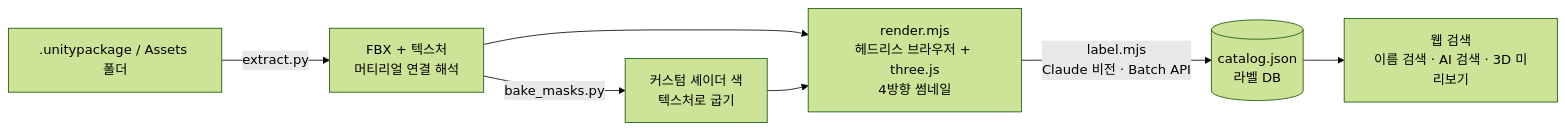
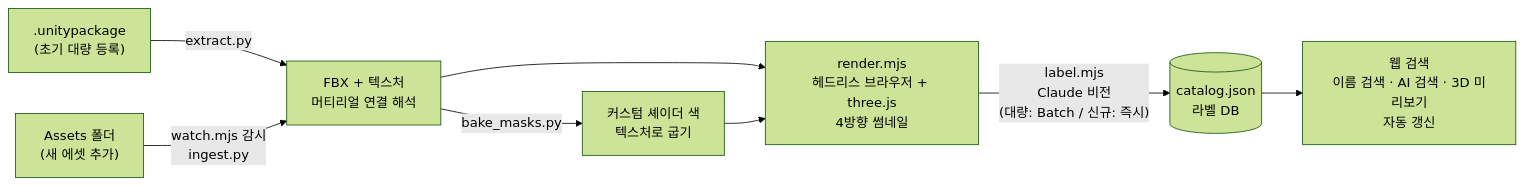
One commit to LovingMaple/ai-asset-search changed the diagram in README.md. Above: the diagram before and after it, drawn with Mermaid (forest theme). The commit also changed other lines of this file, not shown here.

````diff
--- a/README.md
+++ b/README.md
@@ -16,9 +23,10 @@
 ```mermaid
 flowchart LR
-  A[".unitypackage / Assets 폴더"] -->|extract.py| B["FBX + 텍스처<br/>머티리얼 연결 해석"]
+  A[".unitypackage<br/>(초기 대량 등록)"] -->|extract.py| B["FBX + 텍스처<br/>머티리얼 연결 해석"]
+  W["Assets 폴더<br/>(새 에셋 추가)"] -->|watch.mjs 감시<br/>ingest.py| B
   B -->|bake_masks.py| B2["커스텀 셰이더 색<br/>텍스처로 굽기"]
   B --> C
   B2 --> C["render.mjs<br/>헤드리스 브라우저 + three.js<br/>4방향 썸네일"]
-  C -->|label.mjs<br/>Claude 비전 · Batch API| D[("catalog.json<br/>라벨 DB")]
-  D --> E["웹 검색<br/>이름 검색 · AI 검색 · 3D 미리보기"]
+  C -->|"label.mjs<br/>Claude 비전<br/>(대량: Batch / 신규: 즉시)"| D[("catalog.json<br/>라벨 DB")]
+  D --> E["웹 검색<br/>이름 검색 · AI 검색 · 3D 미리보기<br/>자동 갱신"]
 ```
````
